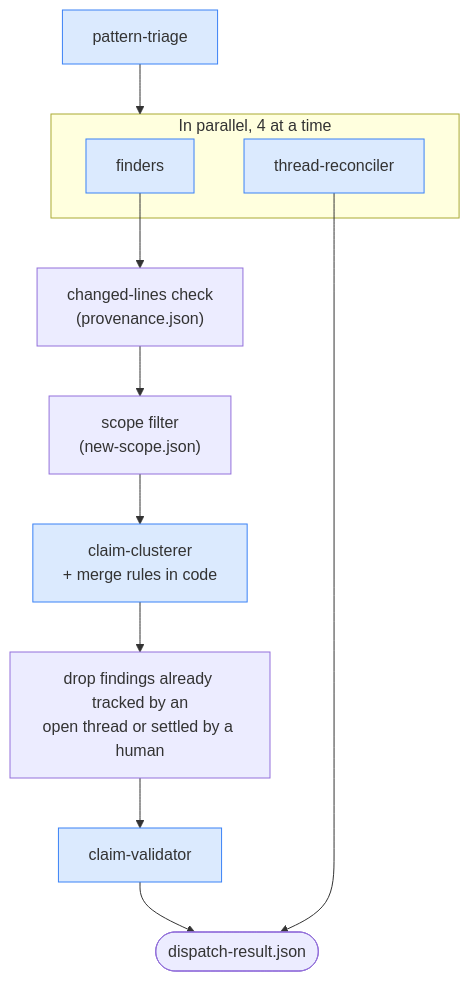
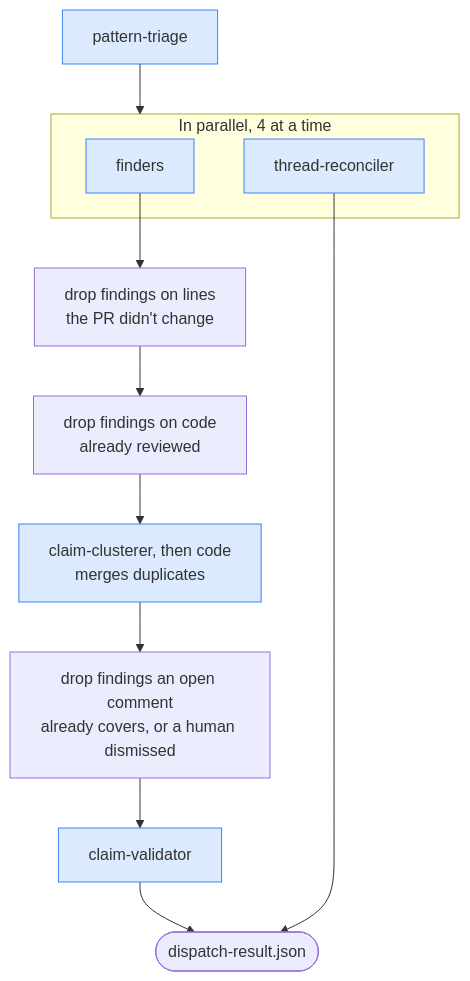
Before and after one commit to Khan/actions: the ninth of 12 diagrams in workflows/review/ARCHITECTURE.md, drawn with Mermaid. The commit also changed other lines of this file, not shown here.

Commit message:
check in

````diff
--- a/workflows/review/ARCHITECTURE.md
+++ b/workflows/review/ARCHITECTURE.md
@@ -257,17 +259,17 @@
 ```mermaid
 flowchart TD
   T["pattern-triage"] --> W
   subgraph W["In parallel, 4 at a time"]
     F["finders"]
     RC["thread-reconciler"]
   end
-  F --> PG["changed-lines check<br/>(provenance.json)"]
-  PG --> SF["scope filter<br/>(new-scope.json)"]
-  SF --> CL["claim-clusterer<br/>+ merge rules in code"]
-  CL --> SU["drop findings already tracked by an<br/>open thread or settled by a human"]
+  F --> PG["drop findings on lines<br/>the PR didn't change"]
+  PG --> SF["drop findings on code<br/>already reviewed"]
+  SF --> CL["claim-clusterer, then code<br/>merges duplicates"]
+  CL --> SU["drop findings an open comment<br/>already covers, or a human dismissed"]
   SU --> V["claim-validator"]
   V --> OUT(["dispatch-result.json"])
   RC --> OUT
   classDef agent fill:#dbeafe,stroke:#3b82f6
   class T,F,RC,CL,V agent
 ```
````
